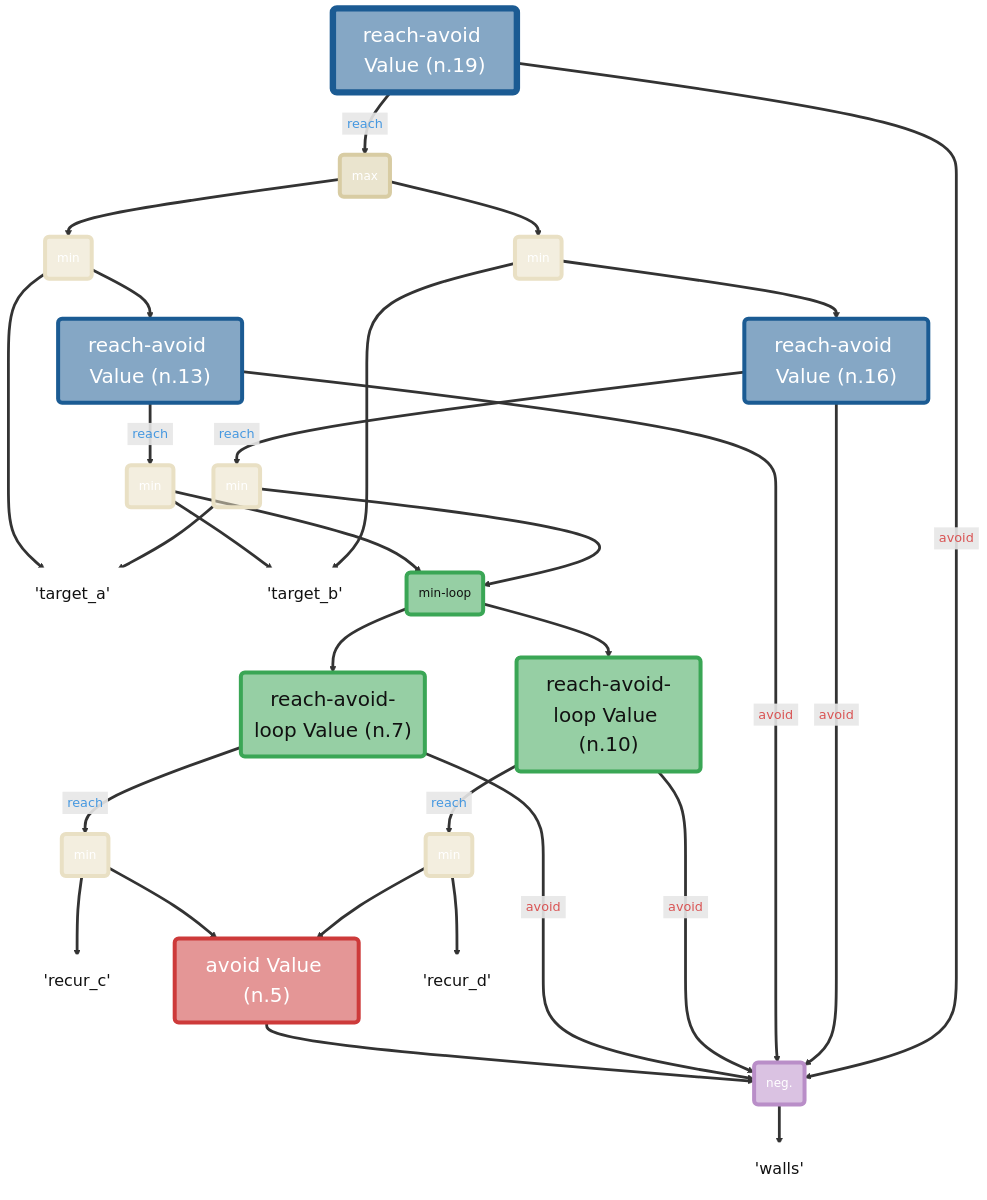
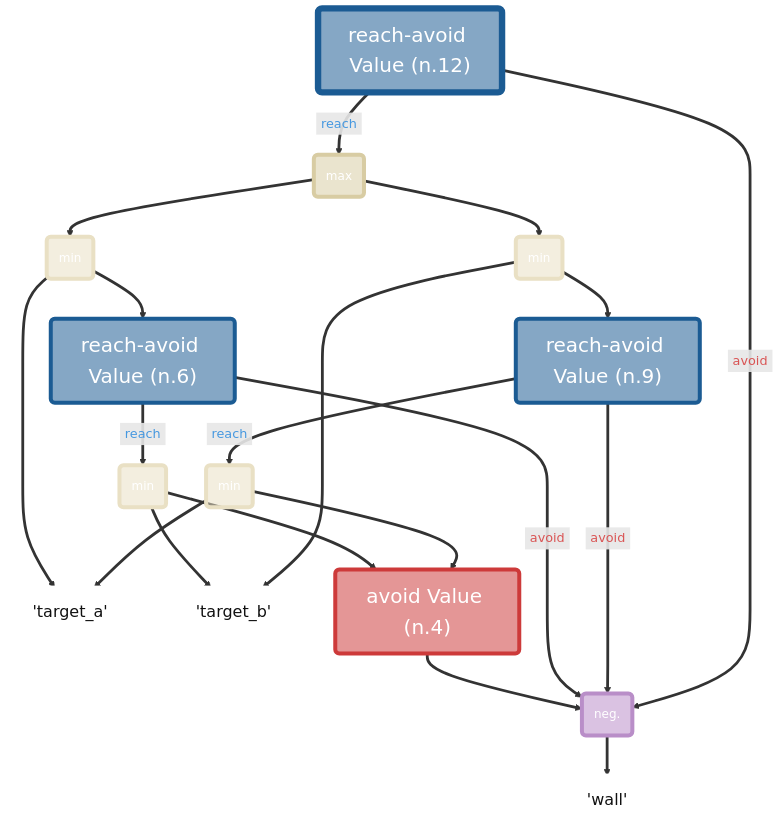
Before and after one commit to willsharpless/valtr: the diagram in docs/default-graph-vertical.mmd, drawn with Mermaid. The commit also changed 1 other file, not shown here.

```diff
--- a/docs/default-graph-vertical.mmd
+++ b/docs/default-graph-vertical.mmd
@@ -1,81 +1,57 @@
 %%{init: {"theme":"base","htmlLabels":true,"flowchart":{"padding":8,"diagramPadding":48},"themeVariables":{"background":"#FFFFFF00","fontFamily":"JetBrains Mono, Roboto Mono, Menlo, Consolas, monospace","edgeLabelBackground":"#FFFFFF","lineColor":"#2c3e50","defaultLinkColor":"#2c3e50"},"themeCSS":".edgeLabel rect { fill: #FFFFFF !important; stroke: #2c3e50 !important; stroke-width: 1px !important; rx: 999px; ry: 999px; } .edgeLabel span, .edgeLabel p { background: transparent !important; } .edgeLabel foreignObject { background: transparent !important; } .labelBkg { fill: #FFFFFF !important; } .flowchart-link, .edgePath path, .edge-thickness-normal, .edge-thickness-thick { stroke: #2c3e50 !important; stroke-width: 2.25px !important; fill: none !important; } .arrowheadPath { stroke: #2c3e50 !important; stroke-width: 2.25px !important; fill: #2c3e50 !important; } svg { background-color: transparent; }"}%%
 flowchart TD
     n0@{ shape: rectangle, label: "'target_a'" }
     n1@{ shape: rectangle, label: "'target_b'" }
-    n2@{ shape: rectangle, label: "'recur_c'" }
-    n3@{ shape: rectangle, label: "'walls'" }
-    n4@{ shape: rounded, label: "neg." }
-    n5@{ shape: rounded, label: "avoid Value (n.5)" }
-    n6@{ shape: rounded, label: "min" }
-    n7@{ shape: rounded, label: "reach-avoid-loop Value (n.7)" }
-    n8@{ shape: rectangle, label: "'recur_d'" }
-    n9@{ shape: rounded, label: "min" }
-    n10@{ shape: rounded, label: "reach-avoid-loop Value (n.10)" }
-    n11@{ shape: rounded, label: "min-loop" }
-    n12@{ shape: rounded, label: "min" }
-    n13@{ shape: rounded, label: "reach-avoid Value (n.13)" }
-    n14@{ shape: rounded, label: "min" }
-    n15@{ shape: rounded, label: "min" }
-    n16@{ shape: rounded, label: "reach-avoid Value (n.16)" }
-    n17@{ shape: rounded, label: "min" }
-    n18@{ shape: rounded, label: "max" }
-    n19@{ shape: rounded, label: "reach-avoid Value (n.19)" }
+    n2@{ shape: rectangle, label: "'wall'" }
+    n3@{ shape: rounded, label: "neg." }
+    n4@{ shape: rounded, label: "avoid Value (n.4)" }
+    n5@{ shape: rounded, label: "min" }
+    n6@{ shape: rounded, label: "reach-avoid Value (n.6)" }
+    n7@{ shape: rounded, label: "min" }
+    n8@{ shape: rounded, label: "min" }
+    n9@{ shape: rounded, label: "reach-avoid Value (n.9)" }
+    n10@{ shape: rounded, label: "min" }
+    n11@{ shape: rounded, label: "max" }
+    n12@{ shape: rounded, label: "reach-avoid Value (n.12)" }
+    n3 ==> n2
     n4 ==> n3
+    n5 ==> n1
     n5 ==> n4
-    n6 ==> n2
-    n6 ==> n5
-    n7 ==>|<span style="display:inline-block;padding:2px 6px;border-radius:999px;background:#FFFFFFF5;border:1px solid #86AECBF5;color:#4698E0 !important;opacity:1;">reach</span>| n6
-    n7 ==>|<span style="display:inline-block;padding:2px 6px;border-radius:999px;background:#F7DDDDF5;border:1px solid #D99898F5;color:#D95454 !important;opacity:1;">avoid</span>| n4
-    n9 ==> n5
-    n9 ==> n8
-    n10 ==>|<span style="display:inline-block;padding:2px 6px;border-radius:999px;background:#FFFFFFF5;border:1px solid #86AECBF5;color:#4698E0 !important;opacity:1;">reach</span>| n9
-    n10 ==>|<span style="display:inline-block;padding:2px 6px;border-radius:999px;background:#F7DDDDF5;border:1px solid #D99898F5;color:#D95454 !important;opacity:1;">avoid</span>| n4
+    n6 ==>|<span style="display:inline-block;padding:2px 6px;border-radius:999px;background:#FFFFFFF5;border:1px solid #86AECBF5;color:#4698E0 !important;opacity:1;">reach</span>| n5
+    n6 ==>|<span style="display:inline-block;padding:2px 6px;border-radius:999px;background:#F7DDDDF5;border:1px solid #D99898F5;color:#D95454 !important;opacity:1;">avoid</span>| n3
+    n7 ==> n0
+    n7 ==> n6
+    n8 ==> n0
+    n8 ==> n4
+    n9 ==>|<span style="display:inline-block;padding:2px 6px;border-radius:999px;background:#FFFFFFF5;border:1px solid #86AECBF5;color:#4698E0 !important;opacity:1;">reach</span>| n8
+    n9 ==>|<span style="display:inline-block;padding:2px 6px;border-radius:999px;background:#F7DDDDF5;border:1px solid #D99898F5;color:#D95454 !important;opacity:1;">avoid</span>| n3
+    n10 ==> n1
+    n10 ==> n9
     n11 ==> n7
     n11 ==> n10
-    n12 ==> n1
-    n12 ==> n11
-    n13 ==>|<span style="display:inline-block;padding:2px 6px;border-radius:999px;background:#FFFFFFF5;border:1px solid #86AECBF5;color:#4698E0 !important;opacity:1;">reach</span>| n12
-    n13 ==>|<span style="display:inline-block;padding:2px 6px;border-radius:999px;background:#F7DDDDF5;border:1px solid #D99898F5;color:#D95454 !important;opacity:1;">avoid</span>| n4
-    n14 ==> n0
-    n14 ==> n13
-    n15 ==> n0
-    n15 ==> n11
-    n16 ==>|<span style="display:inline-block;padding:2px 6px;border-radius:999px;background:#FFFFFFF5;border:1px solid #86AECBF5;color:#4698E0 !important;opacity:1;">reach</span>| n15
-    n16 ==>|<span style="display:inline-block;padding:2px 6px;border-radius:999px;background:#F7DDDDF5;border:1px solid #D99898F5;color:#D95454 !important;opacity:1;">avoid</span>| n4
-    n17 ==> n1
-    n17 ==> n16
-    n18 ==> n14
-    n18 ==> n17
-    n19 ==>|<span style="display:inline-block;padding:2px 6px;border-radius:999px;background:#FFFFFFF5;border:1px solid #86AECBF5;color:#4698E0 !important;opacity:1;">reach</span>| n18
-    n19 ==>|<span style="display:inline-block;padding:2px 6px;border-radius:999px;background:#F7DDDDF5;border:1px solid #D99898F5;color:#D95454 !important;opacity:1;">avoid</span>| n4
+    n12 ==>|<span style="display:inline-block;padding:2px 6px;border-radius:999px;background:#FFFFFFF5;border:1px solid #86AECBF5;color:#4698E0 !important;opacity:1;">reach</span>| n11
+    n12 ==>|<span style="display:inline-block;padding:2px 6px;border-radius:999px;background:#F7DDDDF5;border:1px solid #D99898F5;color:#D95454 !important;opacity:1;">avoid</span>| n3
     class n0 var;
     class n1 var;
     class n2 var;
-    class n3 var;
-    class n4 negate;
-    class n5 avoid;
-    class n6 min;
-    class n7 gu;
-    class n8 var;
-    class n9 min;
-    class n10 gu;
-    class n11 gumin;
-    class n12 min;
-    class n13 reachavoid;
-    class n14 min;
-    class n15 min;
-    class n16 reachavoid;
-    class n17 min;
-    class n18 max;
-    class n19 reachavoid;
+    class n3 negate;
+    class n4 avoid;
+    class n5 min;
+    class n6 reachavoid;
+    class n7 min;
+    class n8 min;
+    class n9 reachavoid;
+    class n10 min;
+    class n11 max;
+    class n12 reachavoid;
     classDef const fill:#95a5a688,stroke:#95a5a6,color:#111111,stroke-width:5px,font-size:25px;
     classDef var fill:#FFFFFF88,stroke:#FFFFFF,color:#111111,stroke-width:5px,font-size:20px;
     classDef min fill:#E9E0C488,stroke:#E9E0C4,color:#FFFFFF,stroke-width:5px,font-size:15px;
     classDef max fill:#D8CCA388,stroke:#D8CCA3,color:#FFFFFF,stroke-width:5px,font-size:15px;
     classDef reachavoid fill:#1B5B9388,stroke:#1B5B93,color:#FFFFFF,stroke-width:5px,font-size:25px;
     classDef avoid fill:#CD3A3A88,stroke:#CD3A3A,color:#FFFFFF,stroke-width:5px,font-size:25px;
     classDef reach fill:#1B5B9388,stroke:#1B5B93,color:#FFFFFF,stroke-width:5px,font-size:25px;
     classDef gu fill:#3AA65588,stroke:#3AA655,color:#111111,stroke-width:5px,font-size:25px;
     classDef gumin fill:#3AA65588,stroke:#3AA655,color:#111111,stroke-width:5px,font-size:15px;
     classDef negate fill:#B98EC888,stroke:#B98EC8,color:#FFFFFF,stroke-width:5px,font-size:15px;
-    style n19 stroke:#1B5B93,stroke-width:8px;
+    style n12 stroke:#1B5B93,stroke-width:8px;
```
